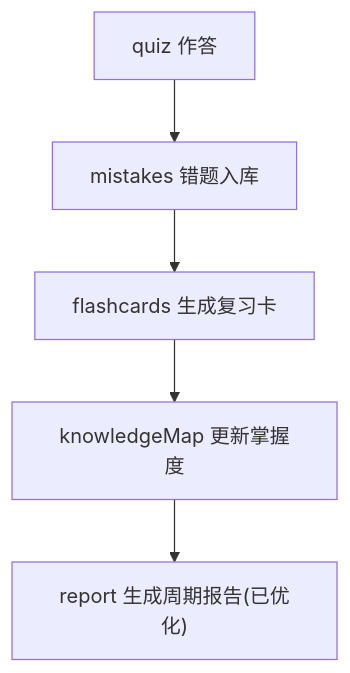
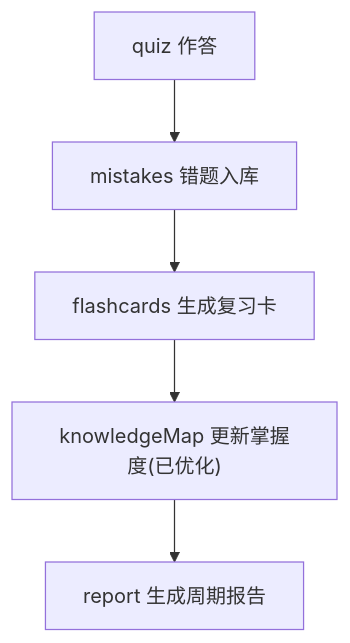
The seventh of 9 diagrams in .qoder/repowiki/zh/content/架构设计/后端架构设计/云函数架构设计.md (cwb7756/bio), drawn with Mermaid before and after one commit. The commit also changed other lines of this file and 98 other files, not shown here.

````diff
--- a/.qoder/repowiki/zh/content/架构设计/后端架构设计/云函数架构设计.md
+++ b/.qoder/repowiki/zh/content/架构设计/后端架构设计/云函数架构设计.md
@@ -301,7 +300,7 @@
 ```mermaid
 flowchart TD
 A["quiz 作答"] --> B["mistakes 错题入库"]
 B --> C["flashcards 生成复习卡"]
-C --> D["knowledgeMap 更新掌握度"]
-D --> E["report 生成周期报告(已优化)"]
+C --> D["knowledgeMap 更新掌握度(已优化)"]
+D --> E["report 生成周期报告"]
 ```
````
